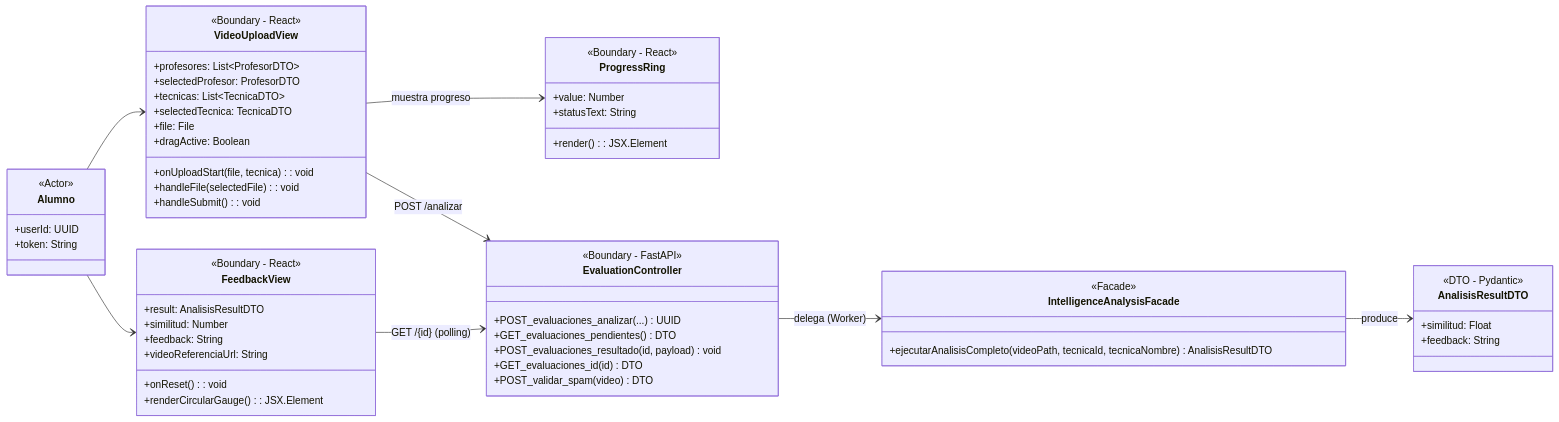
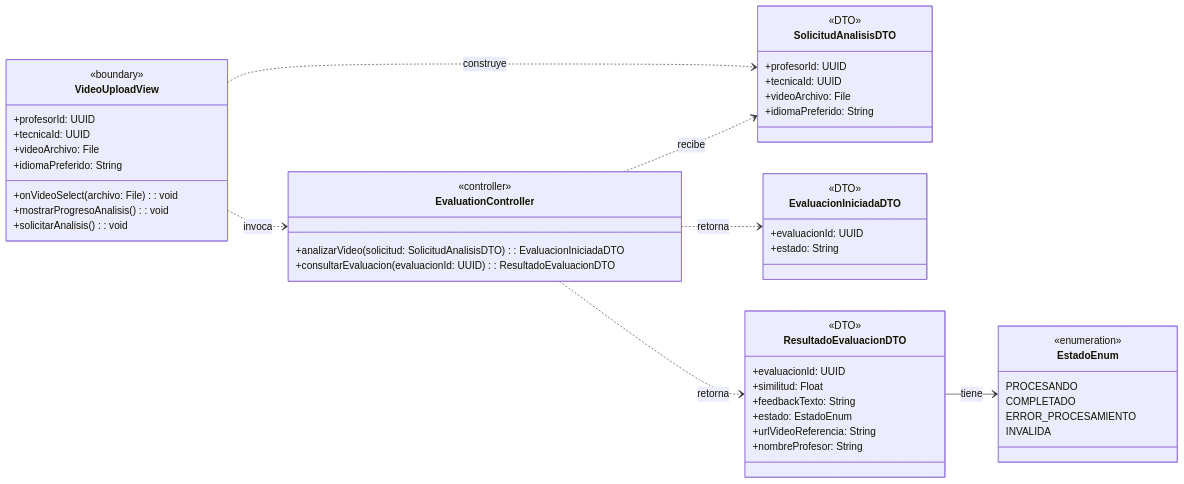
Before and after one commit to Tsmrain/JiuJitsu: the diagram in Libros/Diagramas/CU-2/02_clases_interfaz_uc2.mmd, drawn with Mermaid. The commit also changed 3 other files, not shown here.

```diff
--- a/Libros/Diagramas/CU-2/02_clases_interfaz_uc2.mmd
+++ b/Libros/Diagramas/CU-2/02_clases_interfaz_uc2.mmd
@@ -1,66 +1,58 @@
 classDiagram
     direction LR
 
-    class Alumno {
-        <<Actor>>
-        +userId: UUID
-        +token: String
-    }
-
     class VideoUploadView {
-        <<Boundary - React>>
-        +profesores: List~ProfesorDTO~
-        +selectedProfesor: ProfesorDTO
-        +tecnicas: List~TecnicaDTO~
-        +selectedTecnica: TecnicaDTO
-        +file: File
-        +dragActive: Boolean
-        +onUploadStart(file, tecnica): void
-        +handleFile(selectedFile): void
-        +handleSubmit(): void
-    }
-
-    class FeedbackView {
-        <<Boundary - React>>
-        +result: AnalisisResultDTO
-        +similitud: Number
-        +feedback: String
-        +videoReferenciaUrl: String
-        +onReset(): void
-        +renderCircularGauge(): JSX.Element
-    }
-
-    class ProgressRing {
-        <<Boundary - React>>
-        +value: Number
-        +statusText: String
-        +render(): JSX.Element
+        <<boundary>>
+        +profesorId: UUID
+        +tecnicaId: UUID
+        +videoArchivo: File
+        +idiomaPreferido: String
+        +onVideoSelect(archivo: File): void
+        +mostrarProgresoAnalisis(): void
+        +solicitarAnalisis(): void
     }
 
     class EvaluationController {
-        <<Boundary - FastAPI>>
-        +POST_evaluaciones_analizar(...) UUID
-        +GET_evaluaciones_pendientes() DTO
-        +POST_evaluaciones_resultado(id, payload) void
-        +GET_evaluaciones_id(id) DTO
-        +POST_validar_spam(video) DTO
+        <<controller>>
+        +analizarVideo(solicitud: SolicitudAnalisisDTO): EvaluacionIniciadaDTO
+        +consultarEvaluacion(evaluacionId: UUID): ResultadoEvaluacionDTO
     }
 
-    class IntelligenceAnalysisFacade {
-        <<Facade>>
-        +ejecutarAnalisisCompleto(videoPath, tecnicaId, tecnicaNombre) AnalisisResultDTO
+    class SolicitudAnalisisDTO {
+        <<DTO>>
+        +profesorId: UUID
+        +tecnicaId: UUID
+        +videoArchivo: File
+        +idiomaPreferido: String
     }
 
-    class AnalisisResultDTO {
-        <<DTO - Pydantic>>
-        +similitud: Float
-        +feedback: String
+    class EvaluacionIniciadaDTO {
+        <<DTO>>
+        +evaluacionId: UUID
+        +estado: String
     }
 
-    Alumno --> VideoUploadView
-    Alumno --> FeedbackView
-    VideoUploadView --> EvaluationController : POST /analizar
-    FeedbackView --> EvaluationController : GET /{id} (polling)
-    VideoUploadView --> ProgressRing : muestra progreso
-    EvaluationController --> IntelligenceAnalysisFacade : delega (Worker)
-    IntelligenceAnalysisFacade --> AnalisisResultDTO : produce
+    class ResultadoEvaluacionDTO {
+        <<DTO>>
+        +evaluacionId: UUID
+        +similitud: Float
+        +feedbackTexto: String
+        +estado: EstadoEnum
+        +urlVideoReferencia: String
+        +nombreProfesor: String
+    }
+
+    class EstadoEnum {
+        <<enumeration>>
+        PROCESANDO
+        COMPLETADO
+        ERROR_PROCESAMIENTO
+        INVALIDA
+    }
+
+    VideoUploadView ..> EvaluationController : invoca
+    VideoUploadView ..> SolicitudAnalisisDTO : construye
+    EvaluationController ..> SolicitudAnalisisDTO : recibe
+    EvaluationController ..> EvaluacionIniciadaDTO : retorna
+    EvaluationController ..> ResultadoEvaluacionDTO : retorna
+    ResultadoEvaluacionDTO --> EstadoEnum : tiene
```
